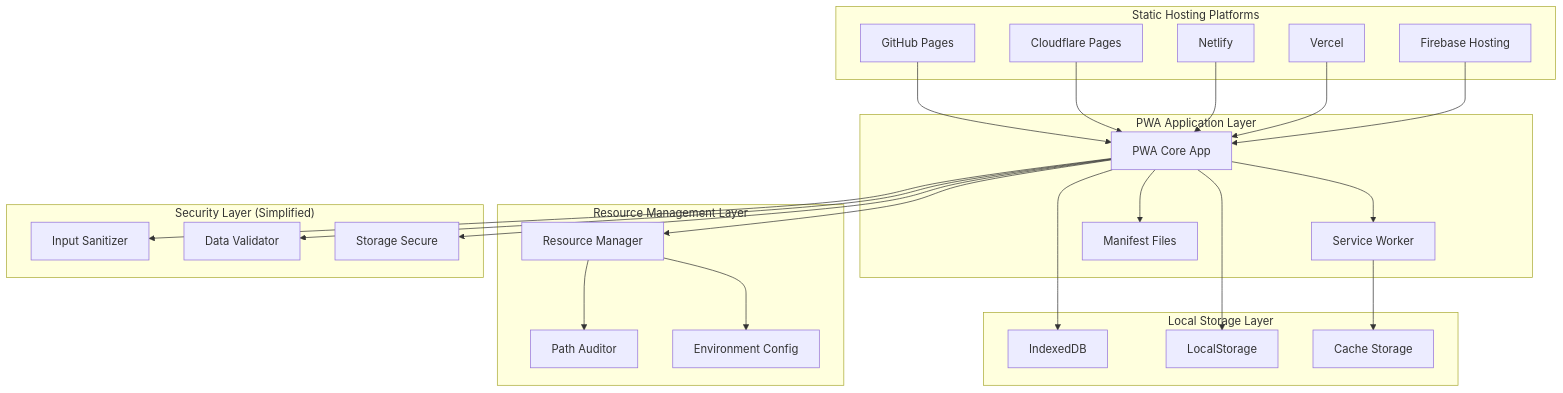
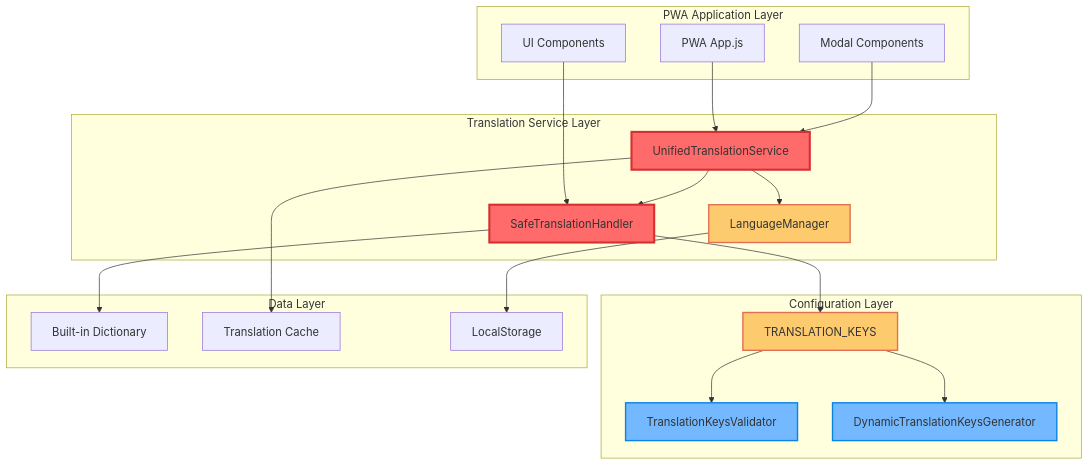
One commit to iim0663418/DB-Card changed the first of 2 diagrams in docs/design.md. Above: the diagram before and after it, drawn with Mermaid. The commit also changed other lines of this file and 65 other files, not shown here.

````diff
--- a/docs/design.md
+++ b/docs/design.md
@@ -19,55 +14,49 @@
 ```mermaid
 graph TB
-    subgraph "Static Hosting Platforms"
-        GH[GitHub Pages]
-        CF[Cloudflare Pages]
-        NT[Netlify]
-        VC[Vercel]
-        FB[Firebase Hosting]
+    subgraph "PWA Application Layer"
+        APP[PWA App.js]
+        UI[UI Components]
+        MODAL[Modal Components]
     end
     
-    subgraph "PWA Application Layer"
-        PWA[PWA Core App]
-        SW[Service Worker]
-        MF[Manifest Files]
+    subgraph "Translation Service Layer"
+        UTS[UnifiedTranslationService]
+        STH[SafeTranslationHandler]
+        LM[LanguageManager]
     end
     
-    subgraph "Resource Management Layer"
-        RM[Resource Manager]
-        PA[Path Auditor]
-        EC[Environment Config]
+    subgraph "Configuration Layer"
+        TK[TRANSLATION_KEYS]
+        TKV[TranslationKeysValidator]
+        DTG[DynamicTranslationKeysGenerator]
     end
     
-    subgraph "Security Layer (Simplified)"
-        IS[Input Sanitizer]
-        DV[Data Validator]
-        SS[Storage Secure]
+    subgraph "Data Layer"
+        DICT[Built-in Dictionary]
+        CACHE[Translation Cache]
+        STORAGE[LocalStorage]
     end
     
-    subgraph "Local Storage Layer"
-        IDB[IndexedDB]
-        LS[LocalStorage]
-        CS[Cache Storage]
-    end
+    APP --> UTS
+    UI --> STH
+    MODAL --> UTS
     
-    GH --> PWA
-    CF --> PWA
-    NT --> PWA
-    VC --> PWA
-    FB --> PWA
+    UTS --> STH
+    UTS --> LM
+    STH --> DICT
+    STH --> TK
     
-    PWA --> SW
-    PWA --> MF
-    PWA --> RM
+    TK --> TKV
+    TK --> DTG
     
-    RM --> PA
-    RM --> EC
+    UTS --> CACHE
+    LM --> STORAGE
     
-    PWA --> IS
-    PWA --> DV
-    PWA --> SS
+    classDef critical fill:#ff6b6b,stroke:#d63031,stroke-width:3px
+    classDef high fill:#fdcb6e,stroke:#e17055,stroke-width:2px
+    classDef medium fill:#74b9ff,stroke:#0984e3,stroke-width:2px
     
-    PWA --> IDB
-    PWA --> LS
-    SW --> CS
+    class STH,UTS critical
+    class TK,LM high
+    class TKV,DTG medium
 ```
````
